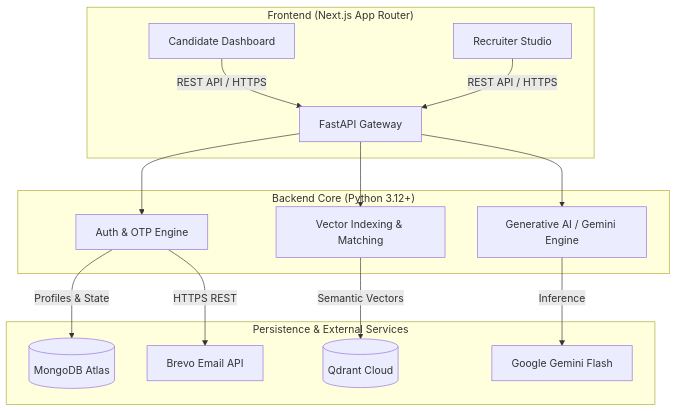
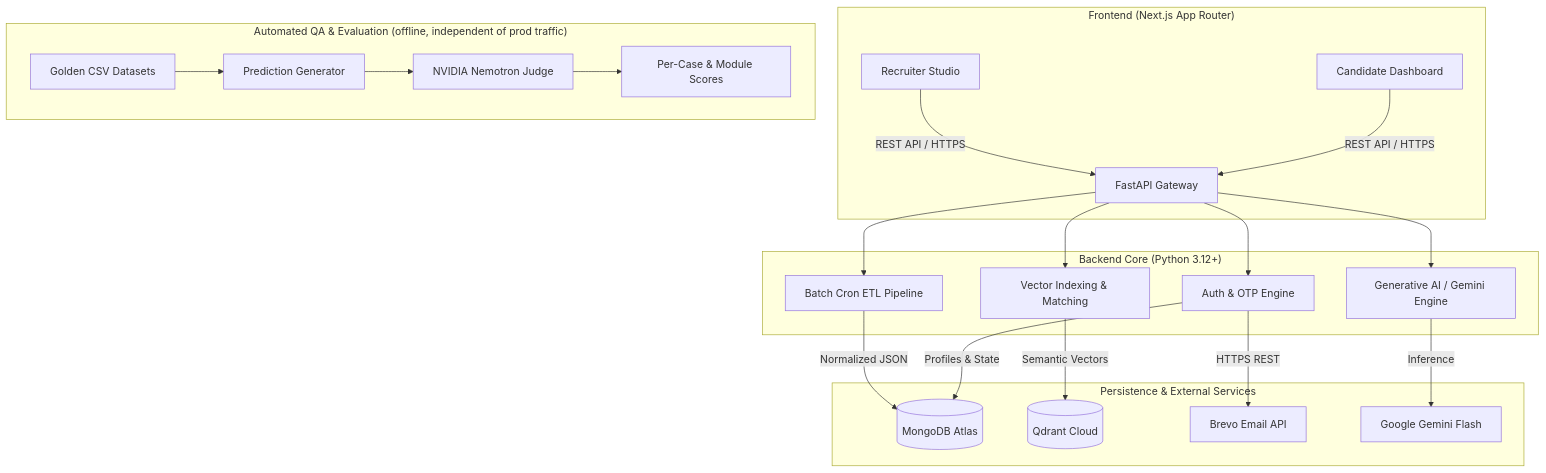
One commit to JaySharma424/ai-job-board changed the first of 2 diagrams in README.md. Above: the diagram before and after it, drawn with Mermaid. The commit also changed other lines of this file, not shown here.

````diff
--- a/README.md
+++ b/README.md
@@ -172,20 +188,28 @@
 ```mermaid
 graph TD
     subgraph Client ["Frontend (Next.js App Router)"]
         A[Candidate Dashboard] -->|REST API / HTTPS| C[FastAPI Gateway]
         B[Recruiter Studio] -->|REST API / HTTPS| C
     end
 
     subgraph Server ["Backend Core (Python 3.12+)"]
         C --> D[Auth & OTP Engine]
         C --> E[Vector Indexing & Matching]
         C --> F[Generative AI / Gemini Engine]
+        C --> ETL[Batch Cron ETL Pipeline]
     end
 
     subgraph Storage ["Persistence & External Services"]
         D -->|Profiles & State| G[(MongoDB Atlas)]
         E -->|Semantic Vectors| H[(Qdrant Cloud)]
         D -->|HTTPS REST| I[Brevo Email API]
         F -->|Inference| J[Google Gemini Flash]
+        ETL -->|Normalized JSON| G
+    end
+
+    subgraph Eval ["Automated QA & Evaluation (offline, independent of prod traffic)"]
+        GOLD[Golden CSV Datasets] --> PRED[Prediction Generator]
+        PRED --> JUDGE[NVIDIA Nemotron Judge]
+        JUDGE --> SCORES[Per-Case & Module Scores]
     end
 ```
````
